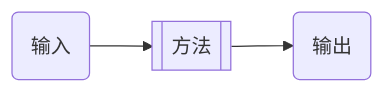
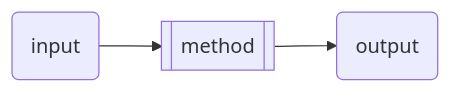
One commit to Dreamwalkor/little-book-of-ai changed the first of 5 diagrams in en/04.md. Above: the diagram before and after it, drawn with Mermaid. The commit also changed other lines of this file and 27 other files, not shown here.

````diff
--- a/en/04.md
+++ b/en/04.md
@@ -37,4 +35,4 @@
 ```mermaid
 flowchart LR
-input(输入) --> method[[方法]] --> output(输出)
+input(input) --> method[[method]] --> output(output)
 ```
````
